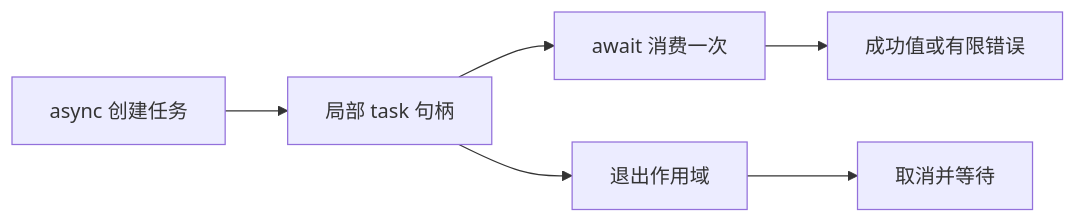
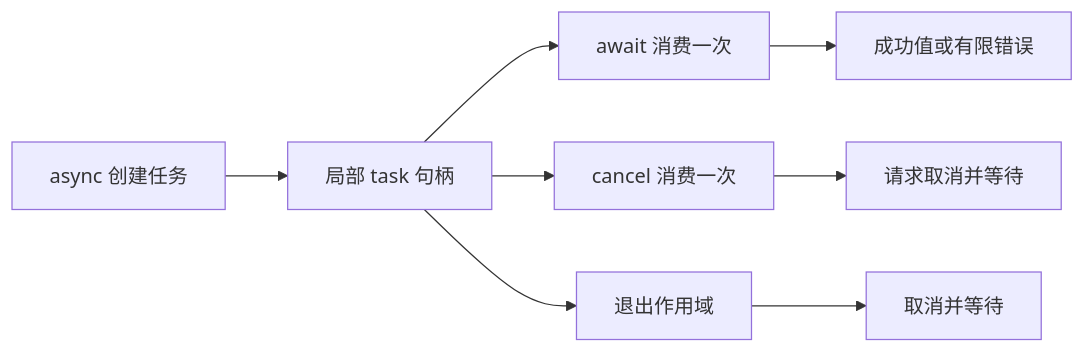
Before and after one commit to MatrixAges/zxc: the diagram in docs/2026-10-06/ZX异步参考.md, drawn with Mermaid. The commit also changed other lines of this file and 54 other files, not shown here.

````diff
--- a/docs/2026-10-06/ZX异步参考.md
+++ b/docs/2026-10-06/ZX异步参考.md
@@ -85,8 +95,10 @@
 ```mermaid
 flowchart LR
   Start[async 创建任务] --> Handle[局部 task 句柄]
   Handle --> Await[await 消费一次]
   Await --> Result[成功值或有限错误]
+  Handle --> Cancel[cancel 消费一次]
+  Cancel --> Join[请求取消并等待]
   Handle --> Exit[退出作用域]
   Exit --> Cleanup[取消并等待]
 ```
````
